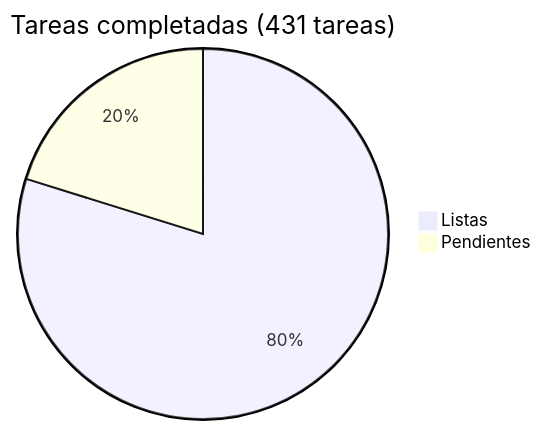
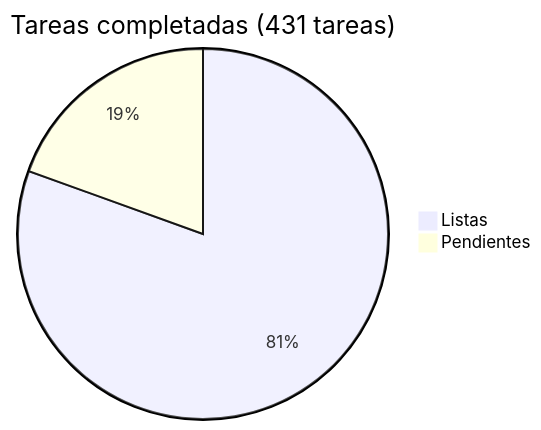
One commit to araguaney-lat/araguaney changed the diagram in docs/roadmap/README.md. Above: the diagram before and after it, drawn with Mermaid. The commit also changed other lines of this file and 11 other files, not shown here.

````diff
--- a/docs/roadmap/README.md
+++ b/docs/roadmap/README.md
@@ -5,5 +5,5 @@
 ```mermaid
 pie title Tareas completadas (431 tareas)
-    "Listas" : 344
-    "Pendientes" : 87
+    "Listas" : 347
+    "Pendientes" : 84
 ```
````
